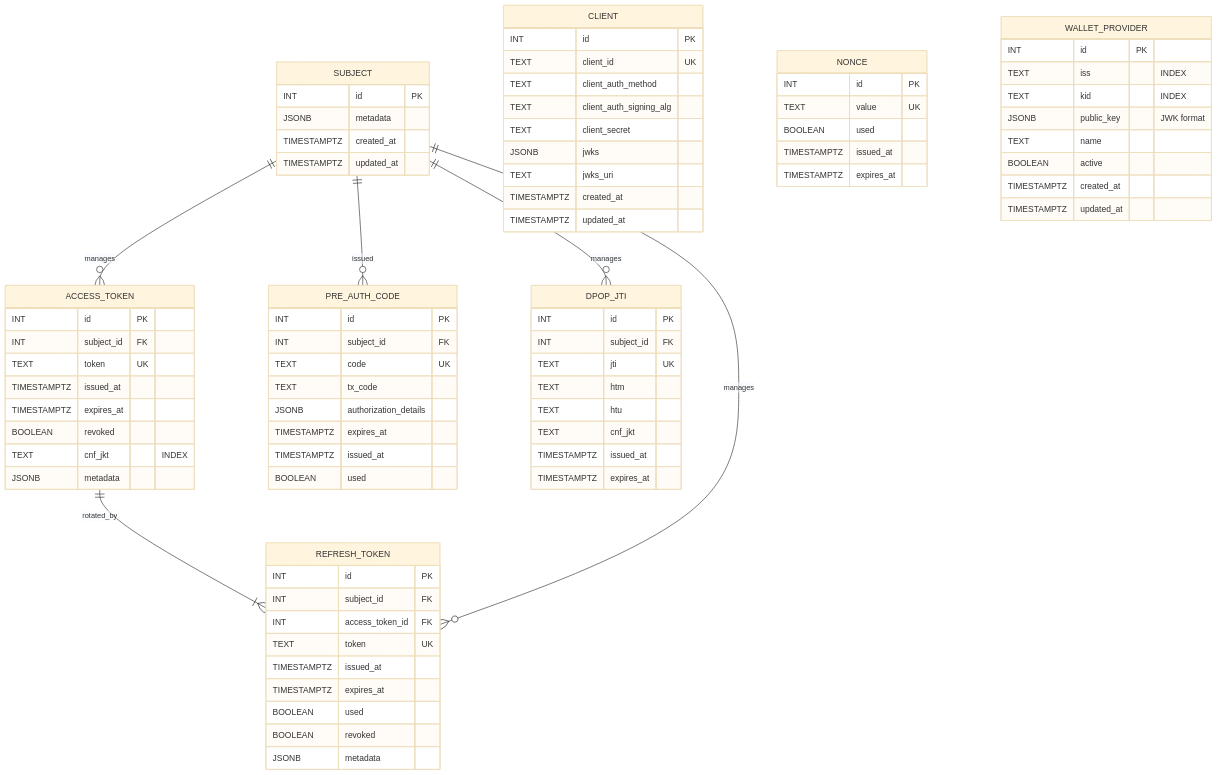
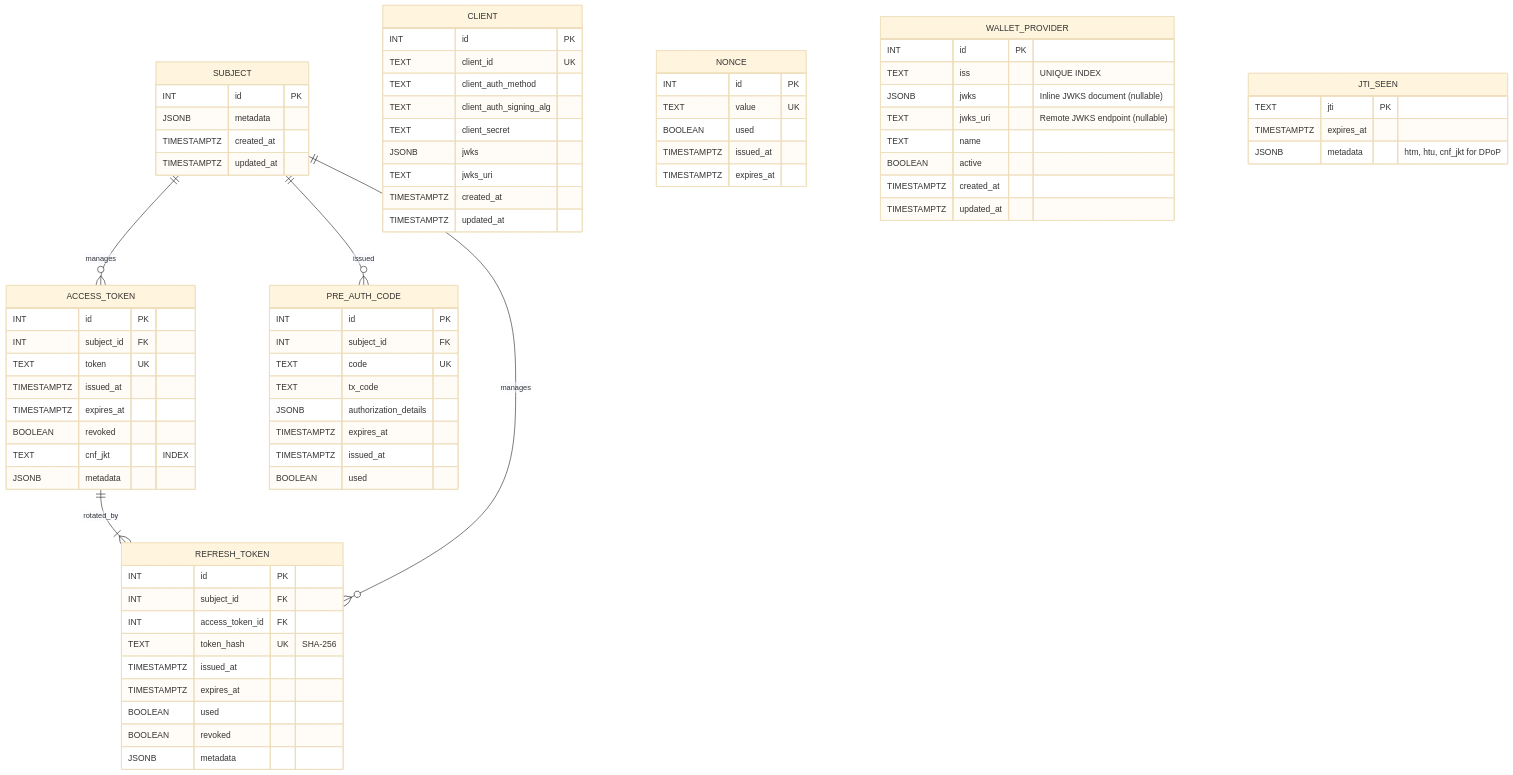
Before and after one commit to weiiv/acapy-plugins: the ninth of 9 diagrams in oid4vc/auth_server/docs/auth-server-design.md, drawn with Mermaid (base theme). The commit also changed other lines of this file and 75 other files, not shown here.

````diff
--- a/oid4vc/auth_server/docs/auth-server-design.md
+++ b/oid4vc/auth_server/docs/auth-server-design.md
@@ -735,7 +854,6 @@
     SUBJECT ||--o{ PRE_AUTH_CODE : issued
     SUBJECT ||--o{ ACCESS_TOKEN : manages
     SUBJECT ||--o{ REFRESH_TOKEN : manages
-    SUBJECT ||--o{ DPOP_JTI : manages
     CLIENT
 
     SUBJECT {
@@ -771,23 +889,12 @@
         INT id PK
         INT subject_id FK
         INT access_token_id FK
-        TEXT token UK
+        TEXT token_hash UK "SHA-256"
         TIMESTAMPTZ issued_at
         TIMESTAMPTZ expires_at
         BOOLEAN used
         BOOLEAN revoked
         JSONB metadata
-    }
-
-    DPOP_JTI {
-        INT id PK
-        INT subject_id FK
-        TEXT jti UK
-        TEXT htm
-        TEXT htu
-        TEXT cnf_jkt
-        TIMESTAMPTZ issued_at
-        TIMESTAMPTZ expires_at
     }
 
     NONCE {
@@ -812,12 +919,18 @@
 
     WALLET_PROVIDER {
         INT id PK
-        TEXT iss "INDEX"
-        TEXT kid "INDEX"
-        JSONB public_key "JWK format"
+        TEXT iss "UNIQUE INDEX"
+        JSONB jwks "Inline JWKS document (nullable)"
+        TEXT jwks_uri "Remote JWKS endpoint (nullable)"
         TEXT name
         BOOLEAN active
         TIMESTAMPTZ created_at
         TIMESTAMPTZ updated_at
     }
+
+    JTI_SEEN {
+        TEXT jti PK
+        TIMESTAMPTZ expires_at
+        JSONB metadata "htm, htu, cnf_jkt for DPoP"
+    }
 ```
````
